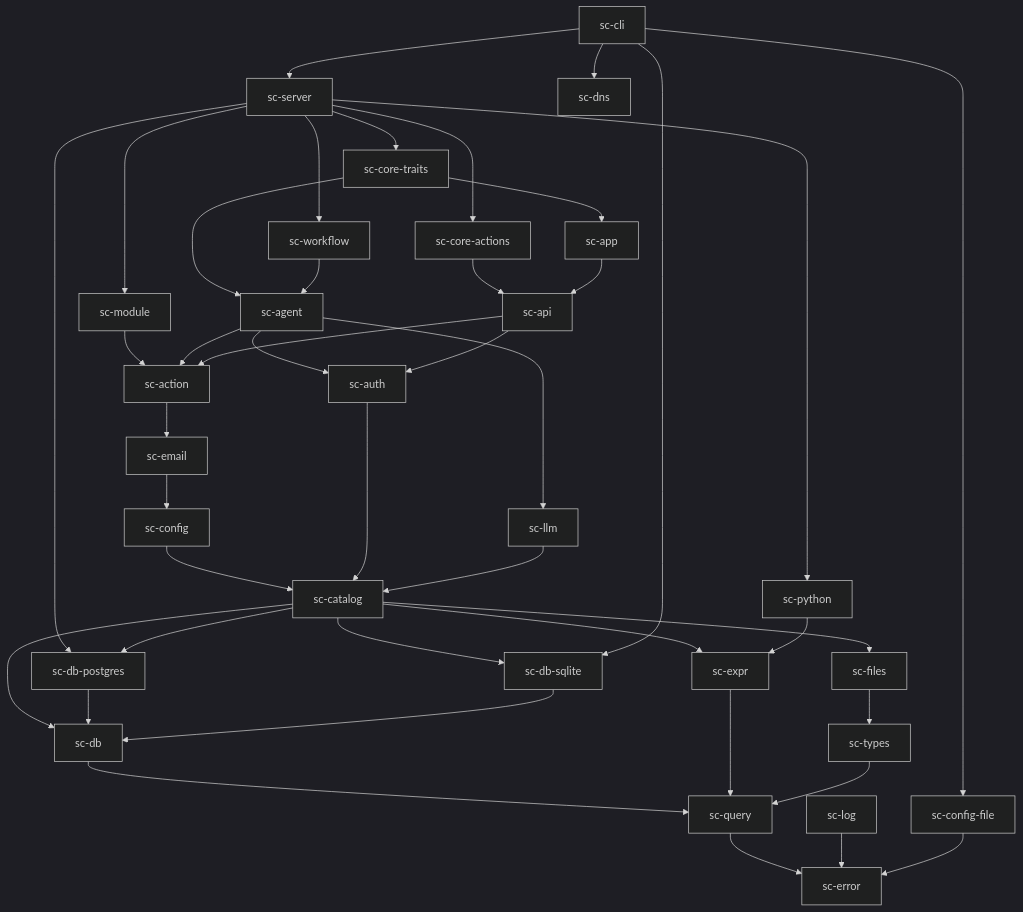
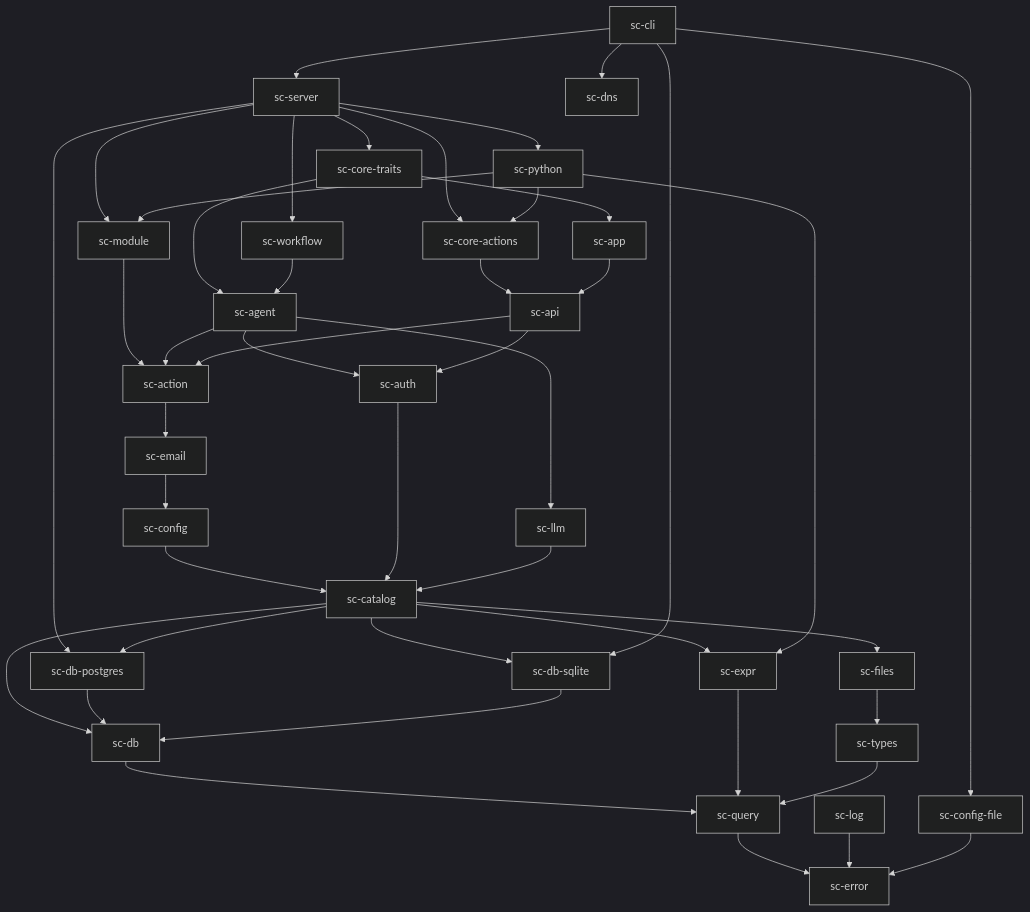
Before and after one commit to christianhugoch/feldspar: the first of 2 diagrams in docs/TECHNICAL_DESIGN.md, drawn with Mermaid (dark theme). The commit also changed other lines of this file and 37 other files, not shown here.

````diff
--- a/docs/TECHNICAL_DESIGN.md
+++ b/docs/TECHNICAL_DESIGN.md
@@ -128,44 +128,46 @@
 ```mermaid
 graph TD
   cli["sc-cli"] --> server["sc-server"]
   cli --> cfgfile["sc-config-file"]
   cli --> dns["sc-dns"]
   server --> coreact["sc-core-actions"]
   server --> coretraits["sc-core-traits"]
   server --> pg["sc-db-postgres"]
   coretraits --> agent["sc-agent"]
   coretraits --> app["sc-app"]
   coreact --> api["sc-api"]
   server --> module["sc-module"]
   server --> python["sc-python"]
+  python --> module
+  python --> coreact
   server --> workflow["sc-workflow"]
   workflow --> agent
   module --> action["sc-action"]
   app --> api
   agent --> action
   agent --> auth["sc-auth"]
   agent --> llm["sc-llm"]
   api --> action
   api --> auth
   action --> email["sc-email"]
   email --> config["sc-config"]
   config --> catalog["sc-catalog"]
   auth --> catalog
   llm --> catalog
   catalog --> db["sc-db"]
   catalog --> pg
   catalog --> sqlite["sc-db-sqlite"]
   cli --> sqlite
   catalog --> expr["sc-expr"]
   catalog --> files["sc-files"]
   pg --> db
   sqlite --> db
   db --> query["sc-query"]
   expr --> query
   python --> expr
   files --> types["sc-types"]
   types --> query
   query --> error["sc-error"]
   log["sc-log"] --> error
   cfgfile --> error
 ```
````
